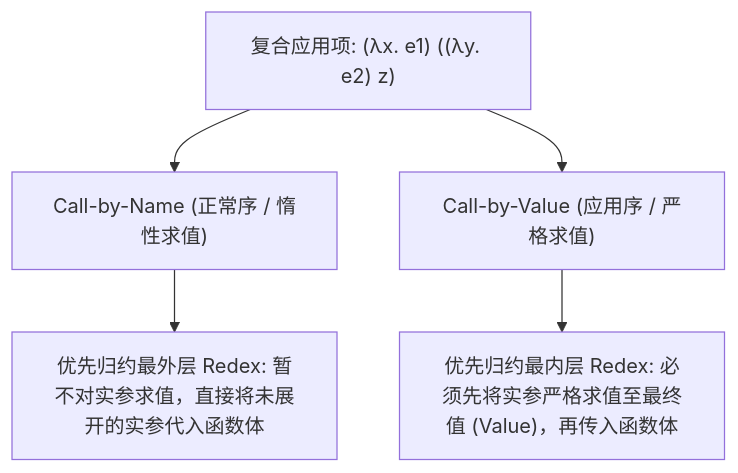
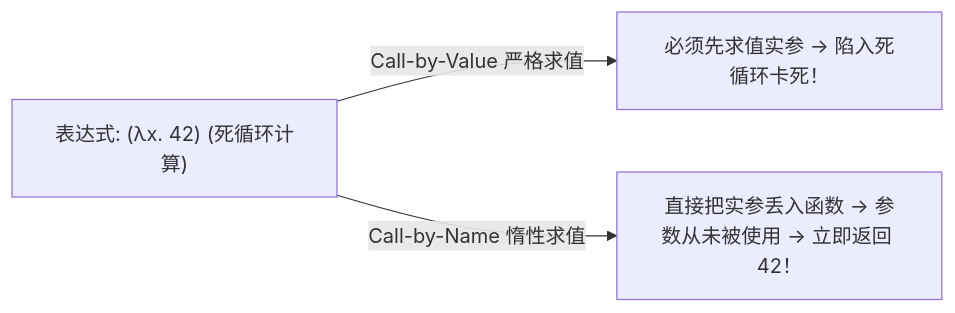
Before and after one commit to jihaohaaaa/gfxvis: the second of 3 diagrams in src/content/posts/type-systems/untyped-lambda-calculus.mdx, drawn with Mermaid. The commit also changed other lines of this file and 6 other files, not shown here.

Commit message:
feat(content): add subtype and variance article, interactive diagram, and E2E tests

````diff
--- a/src/content/posts/type-systems/untyped-lambda-calculus.mdx
+++ b/src/content/posts/type-systems/untyped-lambda-calculus.mdx
@@ -149,7 +196,6 @@
 ```mermaid
-flowchart TD
-  AST["复合应用项: (λx. e1) ((λy. e2) z)"] --> CBN["Call-by-Name (正常序 / 惰性求值)"]
-  AST --> CBV["Call-by-Value (应用序 / 严格求值)"]
-  CBN --> CBN_Rule["优先归约最外层 Redex: 暂不对实参求值，直接将未展开的实参代入函数体"]
-  CBV --> CBV_Rule["优先归约最内层 Redex: 必须先将实参严格求值至最终值 (Value)，再传入函数体"]
+flowchart LR
+    Expr["表达式: (λx. 42) (死循环计算)"]
+    Expr -->|Call-by-Value 严格求值| Crash["必须先求值实参 -> 陷入死循环卡死！"]
+    Expr -->|Call-by-Name 惰性求值| Safe["直接把实参丢入函数 -> 参数从未被使用 -> 立即返回 42！"]
 ```
````
